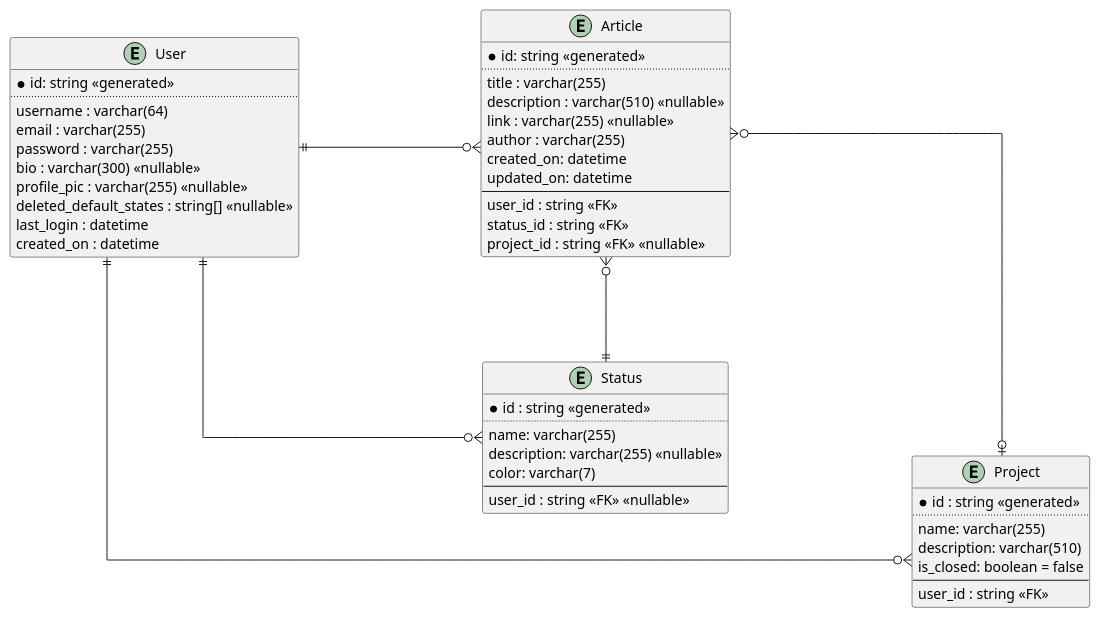
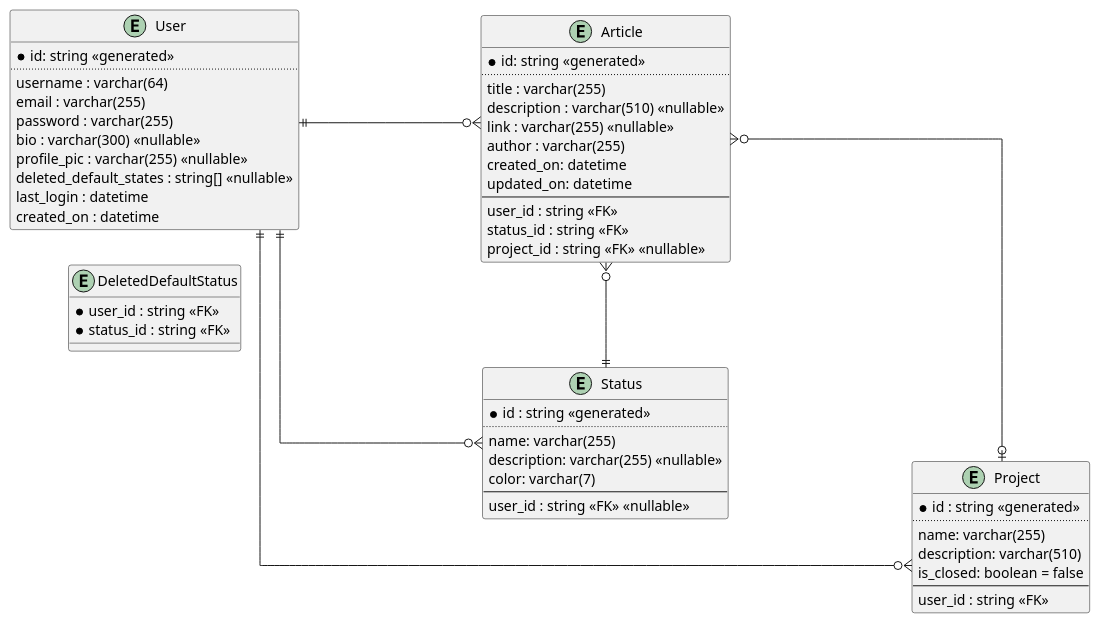
One commit to lutzzdias/artisync changed the diagram in docs/src/entity-relationship.puml. Above: the diagram before and after it, drawn with PlantUML.

Commit message:
docs: change deleted default status in ER diagram

```diff
--- a/docs/src/entity-relationship.puml
+++ b/docs/src/entity-relationship.puml
@@ -1,71 +1,76 @@
 @startuml entity-relationship-diagram
 left to right direction
 
 ' avoid problems with angled crows feet
 skinparam linetype ortho
 
 together {
     entity "User" as user {
         *id: string <<generated>>
         ..
         username : varchar(64)
         email : varchar(255)
         password : varchar(255)
         bio : varchar(300) <<nullable>>
         ' url to storage of profile pictures
         profile_pic : varchar(255) <<nullable>>
         deleted_default_states : string[] <<nullable>>
         last_login : datetime
         created_on : datetime
+    }
+
+    entity "DeletedDefaultStatus" as deletedStatus {
+      *user_id : string <<FK>>
+      *status_id : string <<FK>>
     }
 
     entity "Article" as article {
         *id: string <<generated>>
         ..
         title : varchar(255)
         description : varchar(510) <<nullable>>
         link : varchar(255) <<nullable>>
         author : varchar(255)
         created_on: datetime
         updated_on: datetime
         --
         user_id : string <<FK>>
         status_id : string <<FK>>
         project_id : string <<FK>> <<nullable>>
     }
 }
 
 entity "Status" as status {
   *id : string <<generated>>
   ..
   name: varchar(255)
   description: varchar(255) <<nullable>>
   color: varchar(7)
   --
   ' user id is null for all the default states
   user_id : string <<FK>> <<nullable>>
 }
 
 entity "Project" as project {
   *id : string <<generated>>
   ..
   name: varchar(255)
   description: varchar(510)
   is_closed: boolean = false
   --
   user_id : string <<FK>>
 }
 
 ' || = exactly one
 ' |o = zero or one
 ' }| = one or many
 ' }o = zero or many
 
 ' one user can have many articles, but one article can only have one user
 user ||----o{ article
 user ||----o{ status
 user ||----o{ project
 status ||----o{ article
 article }o----o| project
 
 @enduml
```
